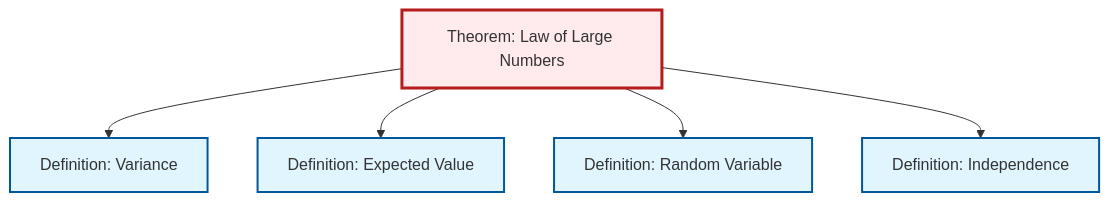
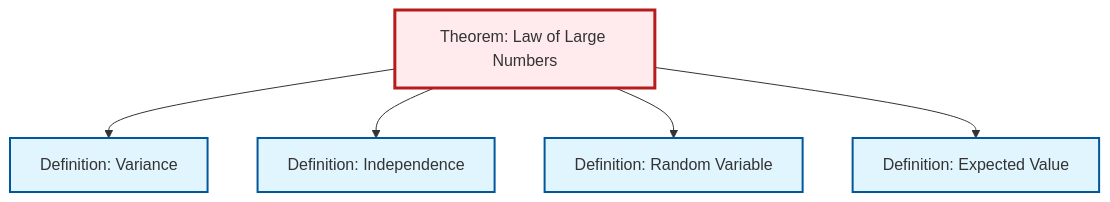
Before and after one commit to RK0429/ModernMath: the second of 2 diagrams in content/ja/probability-statistics/thm-law-of-large-numbers.qmd, drawn with Mermaid. The commit also changed other lines of this file and 619 other files, not shown here.

````diff
--- a/content/ja/probability-statistics/thm-law-of-large-numbers.qmd
+++ b/content/ja/probability-statistics/thm-law-of-large-numbers.qmd
@@ -89,23 +89,23 @@
 ```{mermaid}
 %%| fig-cap: "Local dependency graph"
 graph TD
     classDef definition fill:#e1f5fe,stroke:#01579b,stroke-width:2px
     classDef theorem fill:#f3e5f5,stroke:#4a148c,stroke-width:2px
     classDef axiom fill:#fff3e0,stroke:#e65100,stroke-width:2px
     classDef example fill:#e8f5e9,stroke:#1b5e20,stroke-width:2px
     classDef current fill:#ffebee,stroke:#b71c1c,stroke-width:3px
     thm-law-of-large-numbers["Theorem: Law of Large Numbers"]:::theorem
-    def-variance["Definition: Variance"]:::definition
     def-expectation["Definition: Expected Value"]:::definition
     def-random-variable["Definition: Random Variable"]:::definition
+    def-variance["Definition: Variance"]:::definition
     def-independence["Definition: Independence"]:::definition
     thm-law-of-large-numbers --> def-variance
+    thm-law-of-large-numbers --> def-independence
+    thm-law-of-large-numbers --> def-random-variable
     thm-law-of-large-numbers --> def-expectation
-    thm-law-of-large-numbers --> def-random-variable
-    thm-law-of-large-numbers --> def-independence
     class thm-law-of-large-numbers current
-    click def-variance "def-variance.html" "Definition: Varianceへ"
     click def-expectation "def-expectation.html" "Definition: Expected Valueへ"
     click def-random-variable "def-random-variable.html" "Definition: Random Variableへ"
+    click def-variance "def-variance.html" "Definition: Varianceへ"
     click def-independence "def-independence.html" "Definition: Independenceへ"
 ```
````
